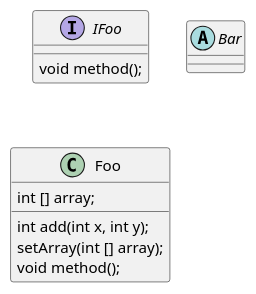
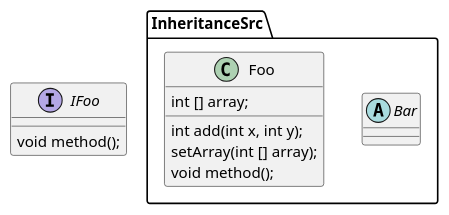
One commit to LimNoah/LNoah-TIL changed the first of 3 diagrams in Java/3_OOPAdvanced/3_5_ClassDiagram/README.md. Above: the diagram before and after it, drawn with PlantUML. The commit also changed other lines of this file and 31 other files, not shown here.

````diff
--- a/Java/3_OOPAdvanced/3_5_ClassDiagram/README.md
+++ b/Java/3_OOPAdvanced/3_5_ClassDiagram/README.md
@@ -25,14 +25,14 @@
     ```puml
     interface IFoo {
         void method();
     }
 
-    abstract class Bar
+    abstract class InheritanceSrc.Bar
 
-    class Foo {
+    class InheritanceSrc.Foo {
         int [] array;
         int add(int x, int y);
         setArray(int [] array);
         void method();
     }
     ```
````
